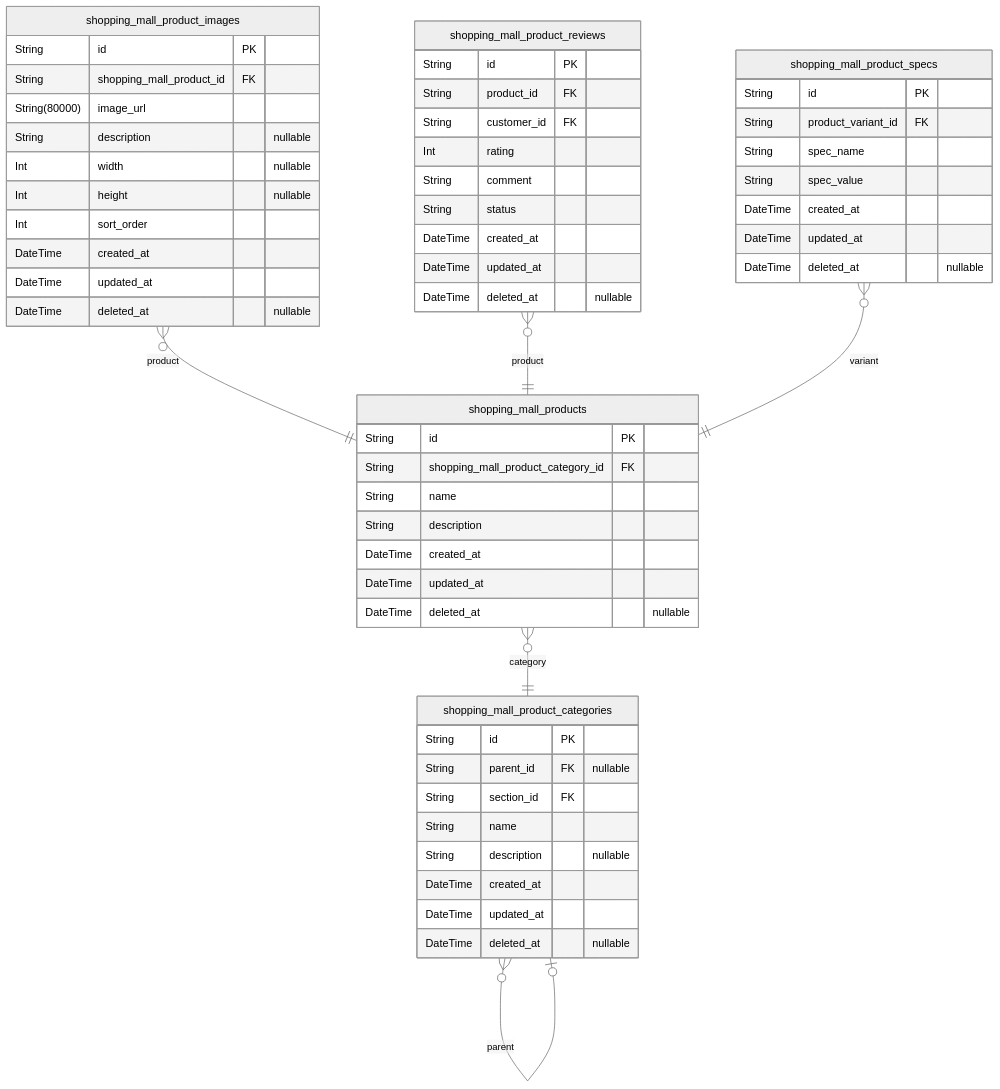
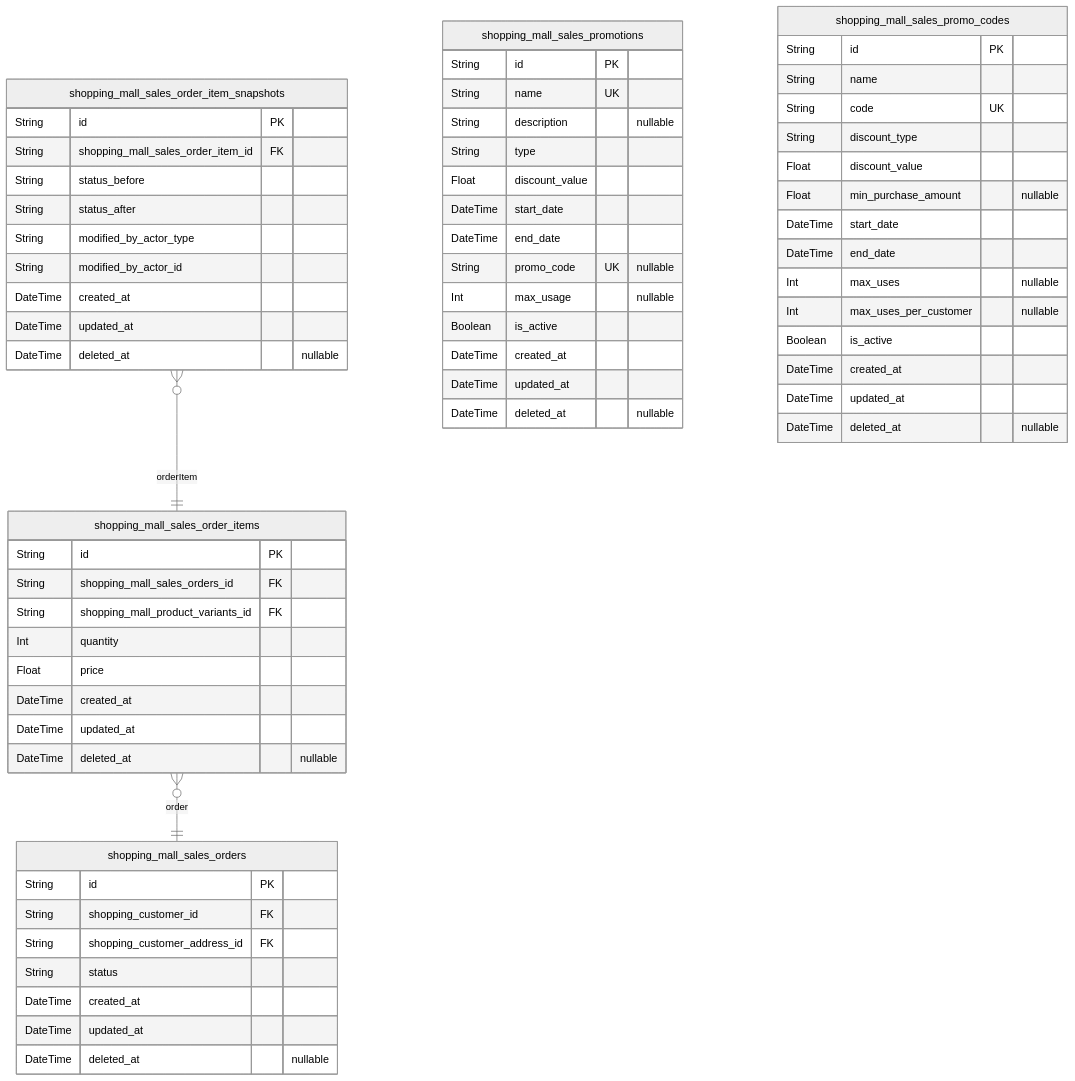
Before and after one commit to wrtnlabs/autobe-examples: the fifth of 9 diagrams in qwen/qwen3-30b-a3b-thinking-2507/shopping/docs/ERD.md, drawn with Mermaid (neutral theme). The commit also changed other lines of this file and 9391 other files, not shown here.

````diff
--- a/qwen/qwen3-30b-a3b-thinking-2507/shopping/docs/ERD.md
+++ b/qwen/qwen3-30b-a3b-thinking-2507/shopping/docs/ERD.md
@@ -482,59 +1093,66 @@
 ```mermaid
 erDiagram
-"shopping_mall_products" {
+"shopping_mall_sales_orders" {
   String id PK
-  String shopping_mall_product_category_id FK
-  String name
-  String description
-  DateTime created_at
-  DateTime updated_at
-  DateTime deleted_at "nullable"
-}
-"shopping_mall_product_categories" {
-  String id PK
-  String parent_id FK "nullable"
-  String section_id FK
-  String name
-  String description "nullable"
-  DateTime created_at
-  DateTime updated_at
-  DateTime deleted_at "nullable"
-}
-"shopping_mall_product_images" {
-  String id PK
-  String shopping_mall_product_id FK
-  String(80000) image_url
-  String description "nullable"
-  Int width "nullable"
-  Int height "nullable"
-  Int sort_order
-  DateTime created_at
-  DateTime updated_at
-  DateTime deleted_at "nullable"
-}
-"shopping_mall_product_reviews" {
-  String id PK
-  String product_id FK
-  String customer_id FK
-  Int rating
-  String comment
+  String shopping_customer_id FK
+  String shopping_customer_address_id FK
   String status
   DateTime created_at
   DateTime updated_at
   DateTime deleted_at "nullable"
 }
-"shopping_mall_product_specs" {
+"shopping_mall_sales_order_items" {
   String id PK
-  String product_variant_id FK
-  String spec_name
-  String spec_value
+  String shopping_mall_sales_orders_id FK
+  String shopping_mall_product_variants_id FK
+  Int quantity
+  Float price
   DateTime created_at
   DateTime updated_at
   DateTime deleted_at "nullable"
 }
-"shopping_mall_products" }o--|| "shopping_mall_product_categories" : category
-"shopping_mall_product_categories" }o--o| "shopping_mall_product_categories" : parent
-"shopping_mall_product_images" }o--|| "shopping_mall_products" : product
-"shopping_mall_product_reviews" }o--|| "shopping_mall_products" : product
-"shopping_mall_product_specs" }o--|| "shopping_mall_products" : variant
+"shopping_mall_sales_order_item_snapshots" {
+  String id PK
+  String shopping_mall_sales_order_item_id FK
+  String status_before
+  String status_after
+  String modified_by_actor_type
+  String modified_by_actor_id
+  DateTime created_at
+  DateTime updated_at
+  DateTime deleted_at "nullable"
+}
+"shopping_mall_sales_promotions" {
+  String id PK
+  String name UK
+  String description "nullable"
+  String type
+  Float discount_value
+  DateTime start_date
+  DateTime end_date
+  String promo_code UK "nullable"
+  Int max_usage "nullable"
+  Boolean is_active
+  DateTime created_at
+  DateTime updated_at
+  DateTime deleted_at "nullable"
+}
+"shopping_mall_sales_promo_codes" {
+  String id PK
+  String name
+  String code UK
+  String discount_type
+  Float discount_value
+  Float min_purchase_amount "nullable"
+  DateTime start_date
+  DateTime end_date
+  Int max_uses "nullable"
+  Int max_uses_per_customer "nullable"
+  Boolean is_active
+  DateTime created_at
+  DateTime updated_at
+  DateTime deleted_at "nullable"
+}
+"shopping_mall_sales_order_items" }o--|| "shopping_mall_sales_orders" : order
+"shopping_mall_sales_order_item_snapshots" }o--|| "shopping_mall_sales_order_items" : orderItem
 ```
````
